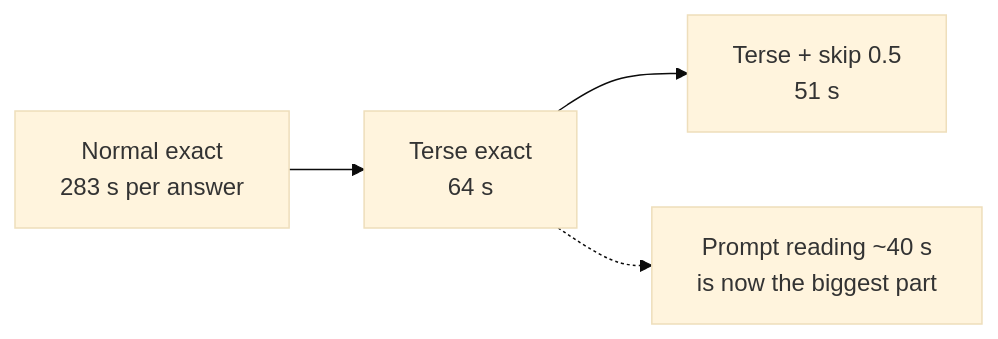
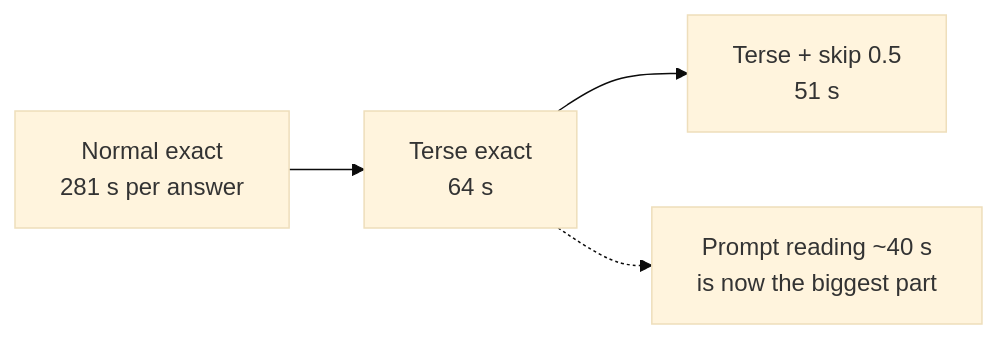
One commit to KakkoiDev/colibri-poc changed the eighth of 8 diagrams in docs/11-glm-on-this-mac.md. Above: the diagram before and after it, drawn with Mermaid (base theme). The commit also changed other lines of this file and 1 other file, not shown here.

Commit message:
Fix normal-exact figures after the re-run

````diff
--- a/docs/11-glm-on-this-mac.md
+++ b/docs/11-glm-on-this-mac.md
@@ -400,5 +400,5 @@
 ```mermaid
 flowchart LR
-    N[Normal exact<br/>283 s per answer] --> T[Terse exact<br/>64 s] --> L[Terse + skip 0.5<br/>51 s]
+    N[Normal exact<br/>281 s per answer] --> T[Terse exact<br/>64 s] --> L[Terse + skip 0.5<br/>51 s]
     T -.-> P[Prompt reading ~40 s<br/>is now the biggest part]
 ```
````
